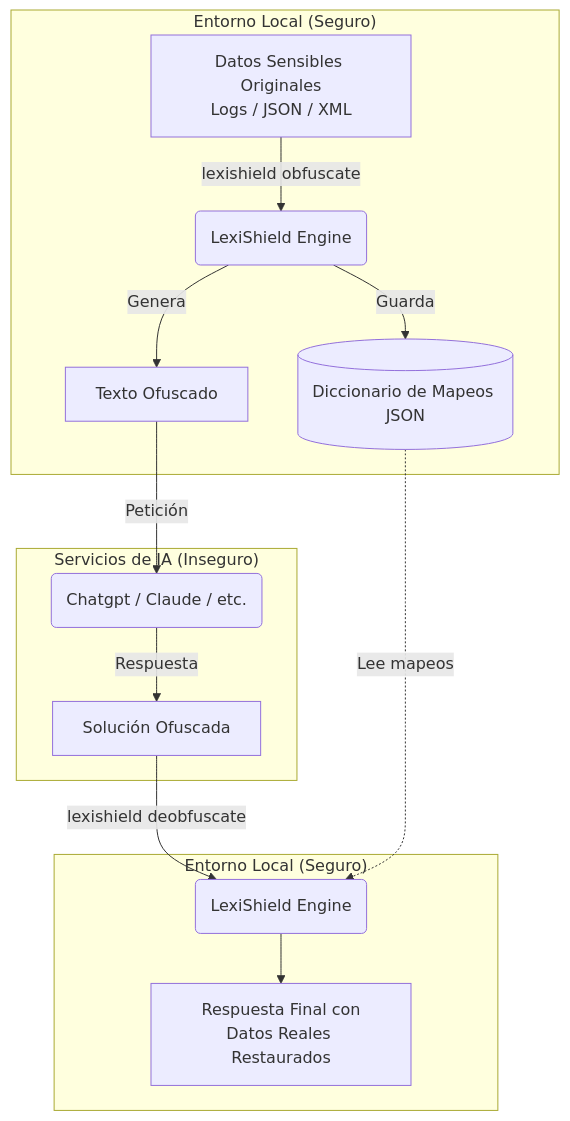
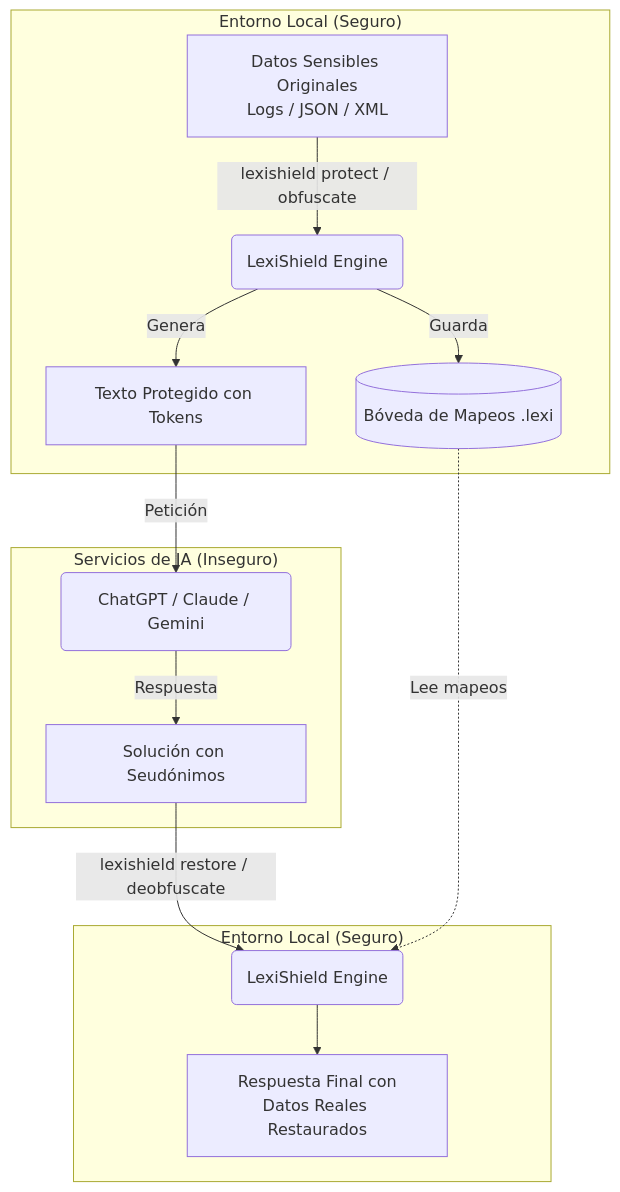
Before and after one commit to olorinj/lexishield: the first of 2 diagrams in README.md, drawn with Mermaid. The commit also changed other lines of this file and 4 other files, not shown here.

````diff
--- a/README.md
+++ b/README.md
@@ -39,19 +39,19 @@
 ```mermaid
 flowchart TD
     subgraph Local["Entorno Local (Seguro)"]
-        A[Datos Sensibles Originales\nLogs / JSON / XML] -->|lexishield obfuscate| B(LexiShield Engine)
-        B -->|Genera| C[Texto Ofuscado]
-        B -->|Guarda| D[(Diccionario de Mapeos JSON)]
+        A[Datos Sensibles Originales\nLogs / JSON / XML] -->|lexishield protect / obfuscate| B(LexiShield Engine)
+        B -->|Genera| C[Texto Protegido con Tokens]
+        B -->|Guarda| D[(Bóveda de Mapeos .lexi)]
     end
 
     subgraph Nube["Servicios de IA (Inseguro)"]
-        C -->|Petición| E(Chatgpt / Claude / etc.)
-        E -->|Respuesta| F[Solución Ofuscada]
+        C -->|Petición| E(ChatGPT / Claude / Gemini)
+        E -->|Respuesta| F[Solución con Seudónimos]
     end
     
     subgraph Restauración["Entorno Local (Seguro)"]
-        F -->|lexishield deobfuscate| G(LexiShield Engine)
+        F -->|lexishield restore / deobfuscate| G(LexiShield Engine)
         D -.->|Lee mapeos| G
         G --> H[Respuesta Final con\nDatos Reales Restaurados]
     end
 ```
````
